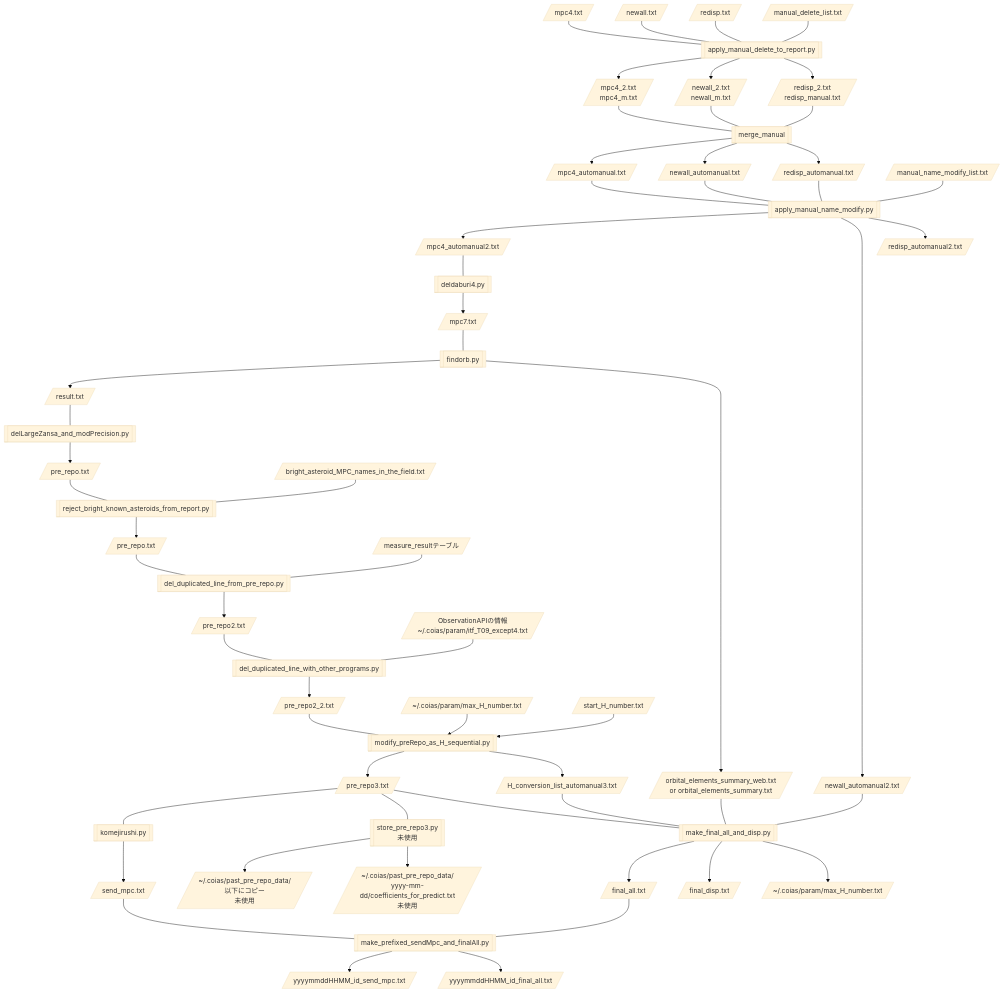
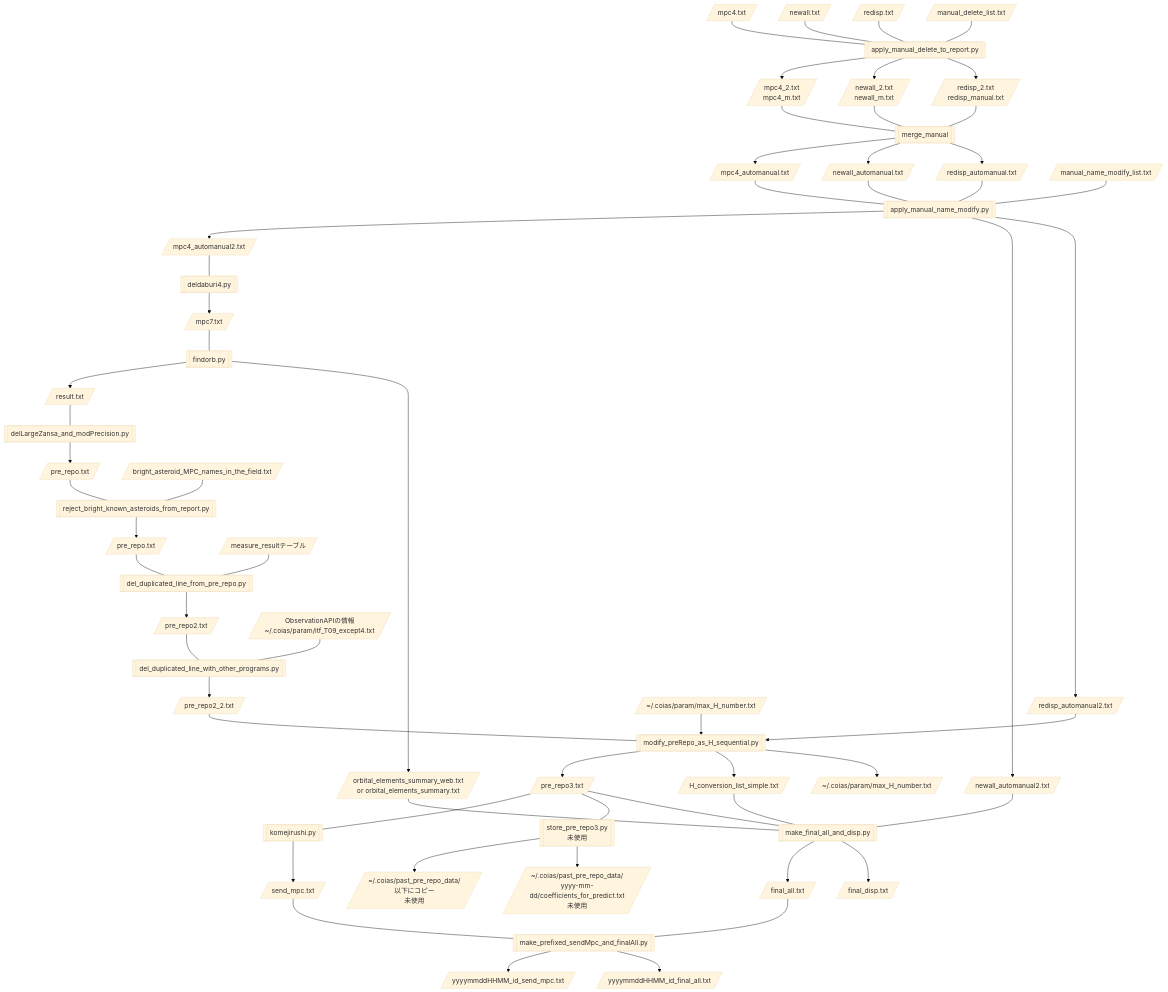
The diagram in flowcharts/flowchart7-AstsearchR_afterReCOIAS.md (COIAS-program/COIAS_program_github), drawn with Mermaid (base theme) before and after one commit. The commit also changed 2 other files, not shown here.

Commit message:
src7: デバッグは一切していないが、modify_preRepo_as_H_sequential.pyとmake_final_all_and_disp.pyを、H番号を連番に付け替えることに関して整理した形にした

```````diff
--- a/flowcharts/flowchart7-AstsearchR_afterReCOIAS.md
+++ b/flowcharts/flowchart7-AstsearchR_afterReCOIAS.md
@@ -3,61 +3,61 @@
 ```mermaid
 flowchart TD
     n[/mpc4.txt/] --- o[[apply_manual_delete_to_report.py]]
     p[/newall.txt/] --- o
     q[/redisp.txt/] --- o
     E[/manual_delete_list.txt/] --- o
     o --> A
     o --> C
     o --> D
     A[/mpc4_2.txt<br>mpc4_m.txt/] --- B[[merge_manual]]
     C[/newall_2.txt<br>newall_m.txt/] --- B
     D[/redisp_2.txt<br>redisp_manual.txt/] --- B
 
     B --> F[/mpc4_automanual.txt/]
     B --> G[/newall_automanual.txt/]
     B --> H[/redisp_automanual.txt/]
     l[/manual_name_modify_list.txt/] --- J
     F --- J[[apply_manual_name_modify.py]]
     G --- J
     H --- J
     J --> K[/mpc4_automanual2.txt/]
     J --> L[/newall_automanual2.txt/]
     J --> M[/redisp_automanual2.txt/]
     K --- O[[deldaburi4.py]]
     O --> P[/mpc7.txt/]
     P --- Q[[findorb.py]]
     Q --> R[/result.txt/]
     Q --> S[/orbital_elements_summary_web.txt<br>or orbital_elements_summary.txt/]
     R --- T[[delLargeZansa_and_modPrecision.py]]
     T --> U[/pre_repo.txt/]
     U --- V[[reject_bright_known_asteroids_from_report.py]]
     V --> W[/pre_repo.txt/]
     X[/bright_asteroid_MPC_names_in_the_field.txt/] --- V
 	W --- b[[del_duplicated_line_from_pre_repo.py]]
 	c[/measure_resultテーブル/] --- b
 	b --> d[/pre_repo2.txt/]
     d --- Y2[[del_duplicated_line_with_other_programs.py]]
     c2[/ObservationAPIの情報<br>~/.coias/param/itf_T09_except4.txt/] --- Y2
     Y2 --> d2[/pre_repo2_2.txt/]
     d2 --- Y[[modify_preRepo_as_H_sequential.py]]
     r[/"~/.coias/param/max_H_number.txt"/] --> Y
-    s[/start_H_number.txt/] --> Y
+    M --> Y
     Y --> Z[/pre_repo3.txt/]
-    Y --> a[/H_conversion_list_automanual3.txt/]
+    Y --> a[/H_conversion_list_simple.txt/]
+    Y --> t[/"~/.coias/param/max_H_number.txt"/]
     Z --- e[[komejirushi.py]]
     e --> f[/send_mpc.txt/]
     Z --- g[[store_pre_repo3.py<br>未使用]]
     g --> h[/"~"/.coias/past_pre_repo_data/以下にコピー<br>未使用/]
     g --> m[/"~"/.coias/past_pre_repo_data/<br>yyyy-mm-dd/coefficients_for_predict.txt<br>未使用/]
     a --- i[[make_final_all_and_disp.py]]
     Z --- i
     L --- i
     i --> j[/final_all.txt/]
     i --> k[/final_disp.txt/]
-    i --> t[/"~/.coias/param/max_H_number.txt"/]
     S --- i
     j --- u[[make_prefixed_sendMpc_and_finalAll.py]]
     f --- u
     u --> v[/yyyymmddHHMM_id_send_mpc.txt/]
     u --> w[/yyyymmddHHMM_id_final_all.txt/]
 ``````
```````
